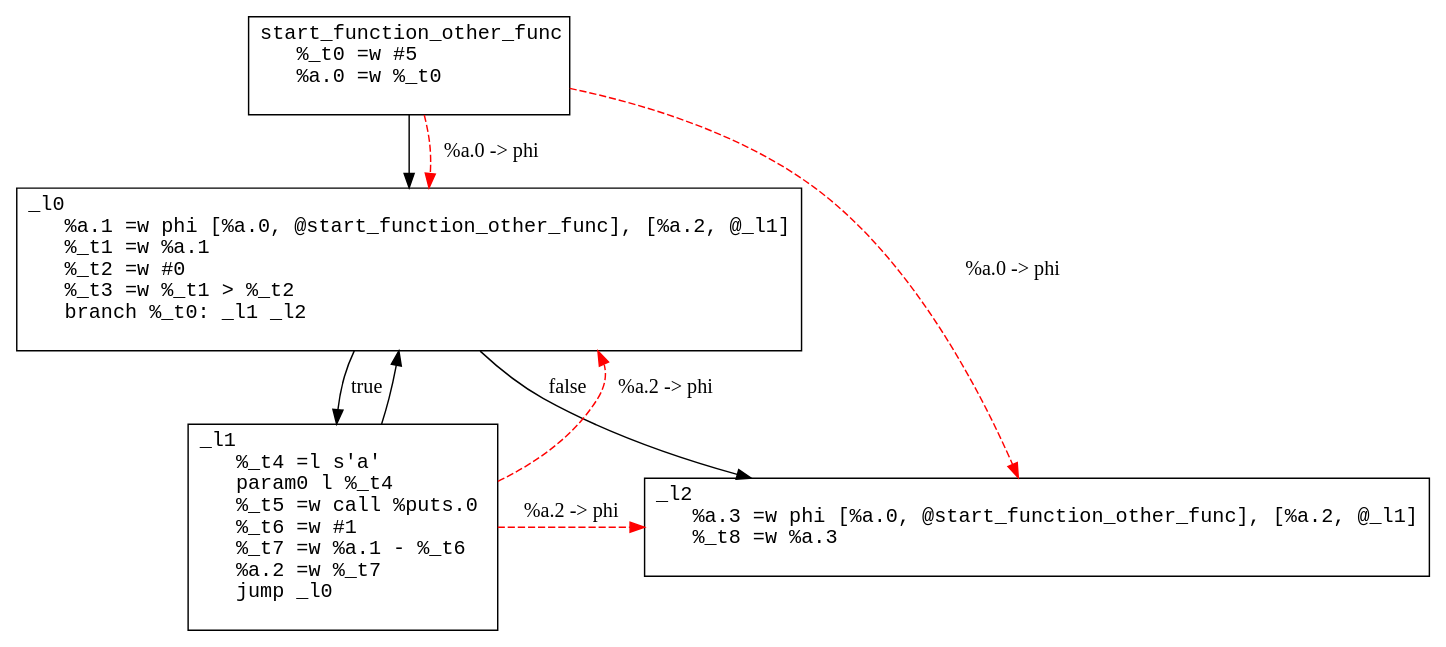
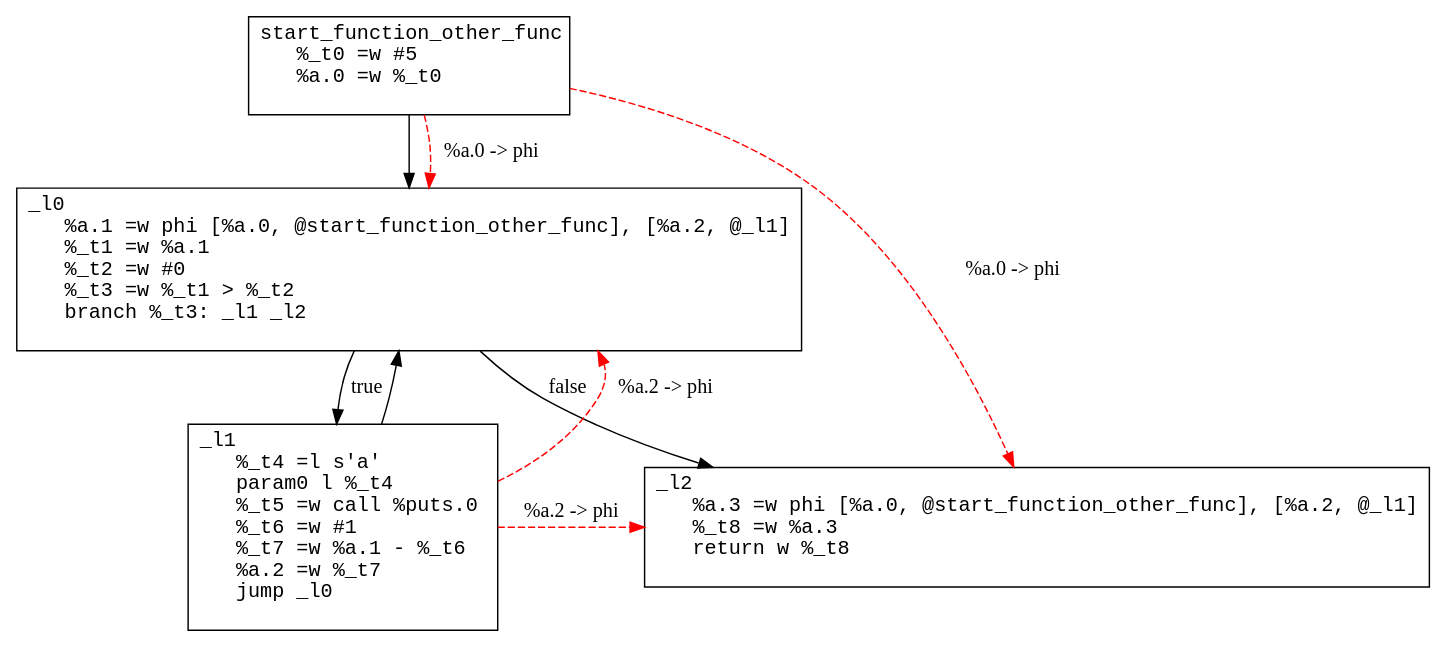
One commit to awarebayes/c-compiler changed the diagram in input/graphviz/other_func.dot. Above: the diagram before and after it, drawn with Graphviz. The commit also changed 13 other files, not shown here.

```diff
--- a/input/graphviz/other_func.dot
+++ b/input/graphviz/other_func.dot
@@ -1,17 +1,17 @@
 digraph SSA {
 rankdir=TB;
 node [shape=rectangle, fontname="Courier"];
 start_function_other_func [label=<start_function_other_func<BR ALIGN="LEFT"/>    	%_t0 =w #5<BR ALIGN="LEFT"/>    	%a.0 =w %_t0<BR ALIGN="LEFT"/>    >];
-_l0 [label=<_l0<BR ALIGN="LEFT"/>    	%a.1 =w phi [%a.0, @start_function_other_func], [%a.2, @_l1]<BR ALIGN="LEFT"/>    	%_t1 =w %a.1<BR ALIGN="LEFT"/>    	%_t2 =w #0<BR ALIGN="LEFT"/>    	%_t3 =w %_t1 &gt; %_t2<BR ALIGN="LEFT"/>    	branch %_t0: _l1 _l2<BR ALIGN="LEFT"/>    >];
+_l0 [label=<_l0<BR ALIGN="LEFT"/>    	%a.1 =w phi [%a.0, @start_function_other_func], [%a.2, @_l1]<BR ALIGN="LEFT"/>    	%_t1 =w %a.1<BR ALIGN="LEFT"/>    	%_t2 =w #0<BR ALIGN="LEFT"/>    	%_t3 =w %_t1 &gt; %_t2<BR ALIGN="LEFT"/>    	branch %_t3: _l1 _l2<BR ALIGN="LEFT"/>    >];
 _l1 [label=<_l1<BR ALIGN="LEFT"/>    	%_t4 =l s&#x27;a&#x27;<BR ALIGN="LEFT"/>    	param0 l %_t4<BR ALIGN="LEFT"/>    	%_t5 =w call %puts.0<BR ALIGN="LEFT"/>    	%_t6 =w #1<BR ALIGN="LEFT"/>    	%_t7 =w %a.1 - %_t6<BR ALIGN="LEFT"/>    	%a.2 =w %_t7<BR ALIGN="LEFT"/>    	jump _l0<BR ALIGN="LEFT"/>    >];
-_l2 [label=<_l2<BR ALIGN="LEFT"/>    	%a.3 =w phi [%a.0, @start_function_other_func], [%a.2, @_l1]<BR ALIGN="LEFT"/>    	%_t8 =w %a.3<BR ALIGN="LEFT"/>    >];
+_l2 [label=<_l2<BR ALIGN="LEFT"/>    	%a.3 =w phi [%a.0, @start_function_other_func], [%a.2, @_l1]<BR ALIGN="LEFT"/>    	%_t8 =w %a.3<BR ALIGN="LEFT"/>    	return w %_t8<BR ALIGN="LEFT"/>    >];
 _l0 -> _l1[label="true"];
 _l0 -> _l2[label="false"];
 start_function_other_func -> _l0;
 _l1 -> _l0;
 edge [color=red, style=dashed, constraint=false];
 start_function_other_func -> _l0[label="%a.0 -> phi"];
 _l1 -> _l0[label="%a.2 -> phi"];
 start_function_other_func -> _l2[label="%a.0 -> phi"];
 _l1 -> _l2[label="%a.2 -> phi"];
 }
```
